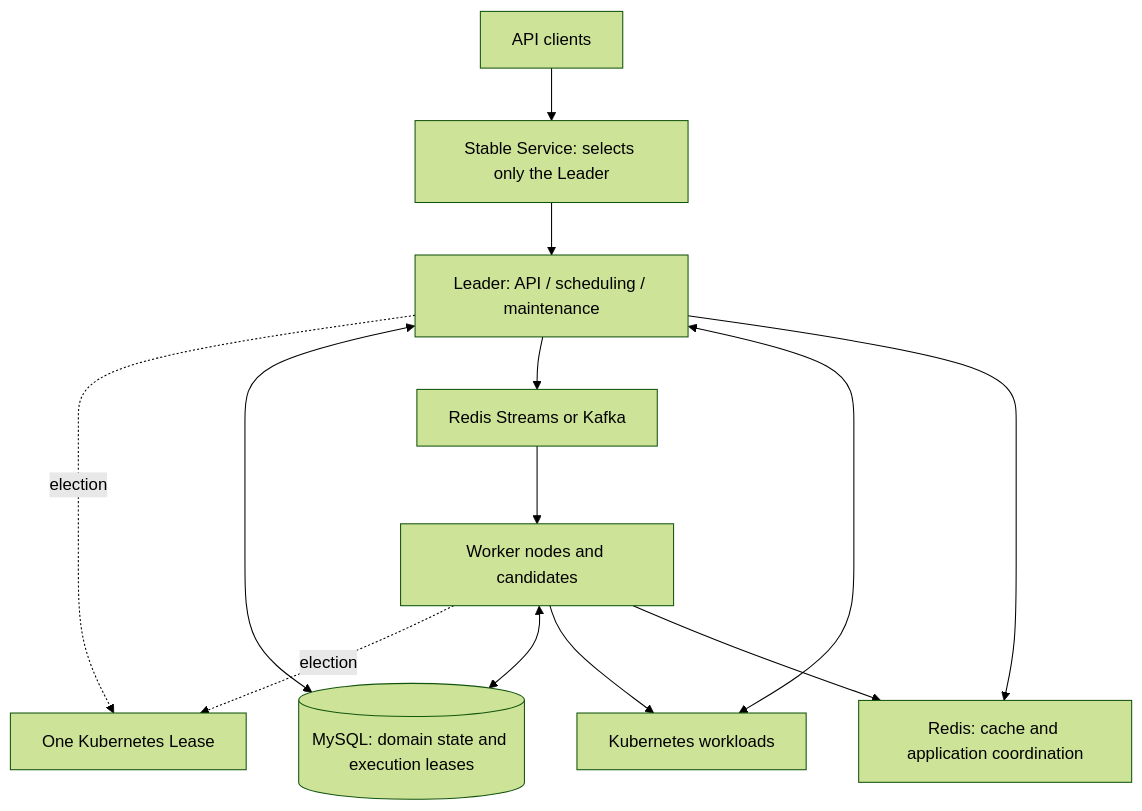
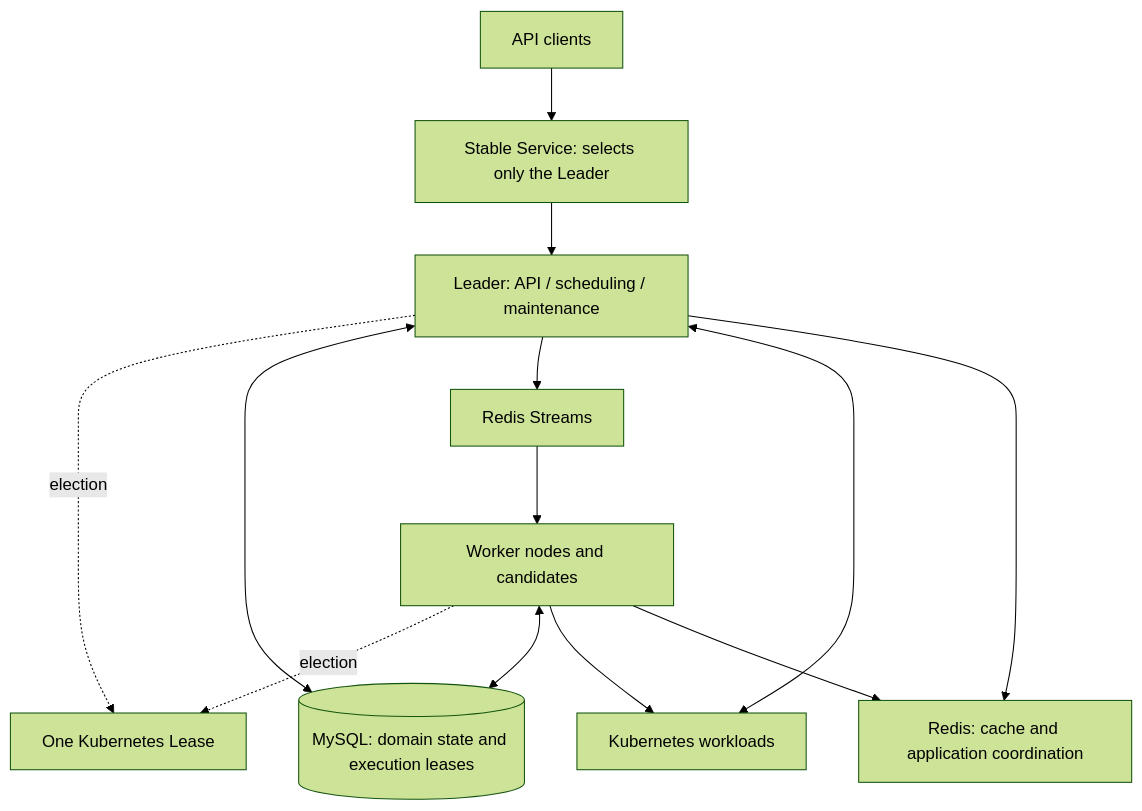
The diagram in README.md (PixelCores/Eruun), drawn with Mermaid (forest theme) before and after one commit. The commit also changed other lines of this file and 74 other files, not shown here.

````diff
--- a/README.md
+++ b/README.md
@@ -87,15 +87,15 @@
 ```mermaid
 flowchart TB
     Client[API clients] --> Service[Stable Service: selects only the Leader]
     Service --> Leader[Leader: API / scheduling / maintenance]
     Leader -. election .-> Lease[One Kubernetes Lease]
     Worker[Worker nodes and candidates] -. election .-> Lease
     Leader <--> DB[(MySQL: domain state and execution leases)]
-    Leader --> Queue[Redis Streams or Kafka]
+    Leader --> Queue[Redis Streams]
     Queue --> Worker
     Worker <--> DB
     Worker --> K8s[Kubernetes workloads]
     Leader <--> K8s
     Leader --> Redis[Redis: cache and application coordination]
     Worker --> Redis
 ```
````
